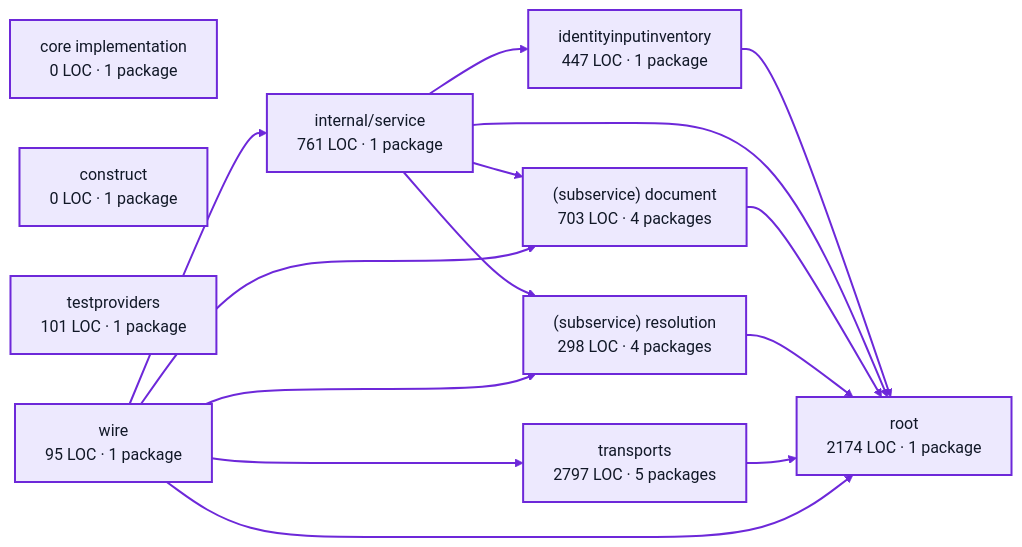
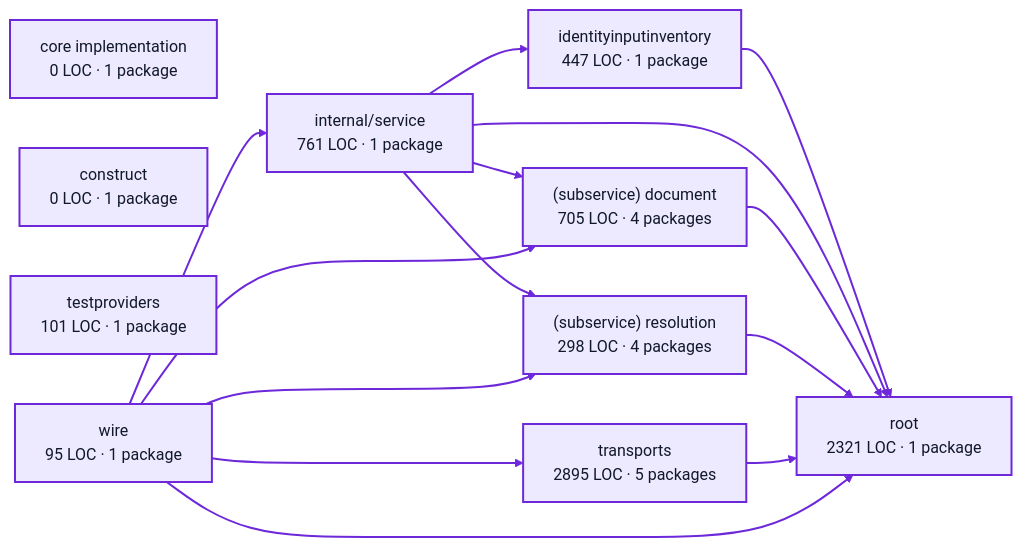
One commit to portpowered/you-agent-factory changed the diagram in docs/architecture/visualizations/services/operator_settings.md. Above: the diagram before and after it, drawn with Mermaid. The commit also changed other lines of this file and 21 other files, not shown here.

Commit message:
docs: refresh backend architecture visualizations

````diff
--- a/docs/architecture/visualizations/services/operator_settings.md
+++ b/docs/architecture/visualizations/services/operator_settings.md
@@ -11,37 +11,37 @@
 ```mermaid
 flowchart LR
   p0["core implementation<br/>0 LOC · 1 package"]
   p1["construct<br/>0 LOC · 1 package"]
   p2["identityinputinventory<br/>447 LOC · 1 package"]
   p3["internal/service<br/>761 LOC · 1 package"]
-  p4["(subservice) document<br/>703 LOC · 4 packages"]
+  p4["(subservice) document<br/>705 LOC · 4 packages"]
   p5["(subservice) resolution<br/>298 LOC · 4 packages"]
   p6["testproviders<br/>101 LOC · 1 package"]
-  p7["root<br/>2174 LOC · 1 package"]
-  p8["transports<br/>2797 LOC · 5 packages"]
+  p7["root<br/>2321 LOC · 1 package"]
+  p8["transports<br/>2895 LOC · 5 packages"]
   p9["wire<br/>95 LOC · 1 package"]
   p2 --> p7
   p3 --> p2
   p3 --> p4
   p3 --> p5
   p3 --> p7
   p4 --> p7
   p5 --> p7
   p8 --> p7
   p9 --> p3
   p9 --> p4
   p9 --> p5
   p9 --> p7
   p9 --> p8
   style p0 fill:#ede9fe,stroke:#6d28d9,stroke-width:2px,color:#111827
   style p1 fill:#ede9fe,stroke:#6d28d9,stroke-width:2px,color:#111827
   style p2 fill:#ede9fe,stroke:#6d28d9,stroke-width:2px,color:#111827
   style p3 fill:#ede9fe,stroke:#6d28d9,stroke-width:2px,color:#111827
   style p4 fill:#ede9fe,stroke:#6d28d9,stroke-width:2px,color:#111827
   style p5 fill:#ede9fe,stroke:#6d28d9,stroke-width:2px,color:#111827
   style p6 fill:#ede9fe,stroke:#6d28d9,stroke-width:2px,color:#111827
   style p7 fill:#ede9fe,stroke:#6d28d9,stroke-width:2px,color:#111827
   style p8 fill:#ede9fe,stroke:#6d28d9,stroke-width:2px,color:#111827
   style p9 fill:#ede9fe,stroke:#6d28d9,stroke-width:2px,color:#111827
   linkStyle default stroke:#6d28d9,stroke-width:2px
 ```
````
